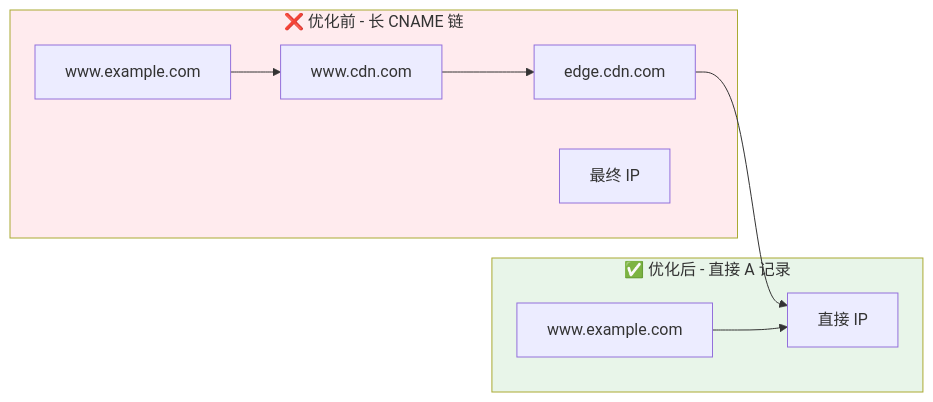
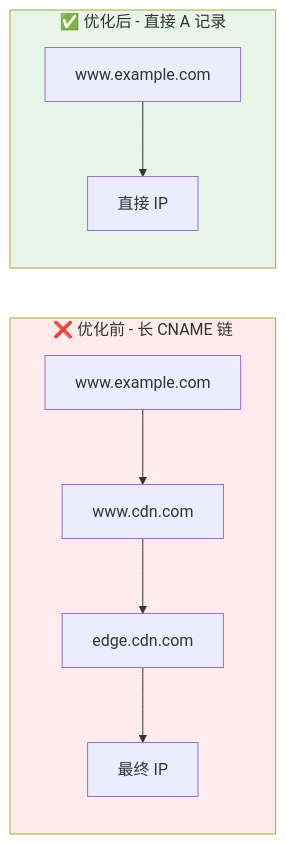
The tenth of 11 diagrams in docs/_posts/dns-resolution-deep-dive.md (zhaofutao04/zblog), drawn with Mermaid before and after one commit. The commit also changed other lines of this file and 23 other files, not shown here.

````diff
--- a/docs/_posts/dns-resolution-deep-dive.md
+++ b/docs/_posts/dns-resolution-deep-dive.md
@@ -530,20 +532,20 @@
 ```mermaid
 flowchart LR
     subgraph Bad["❌ 优化前 - 长 CNAME 链"]
         A1["www.example.com"]
         B1["www.cdn.com"]
         C1["edge.cdn.com"]
         D1["最终 IP"]
     end
 
     subgraph Good["✅ 优化后 - 直接 A 记录"]
         A2["www.example.com"]
         D2["直接 IP"]
     end
 
-    A1 --> B1 --> C1 --> D2
+    A1 --> B1 --> C1 --> D1
     A2 --> D2
 
     style Bad fill:#ffebee
     style Good fill:#e8f5e9
 ```
````
